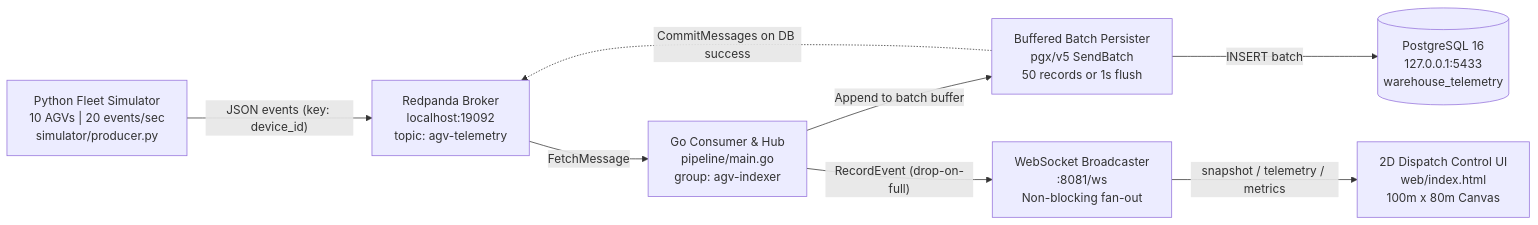
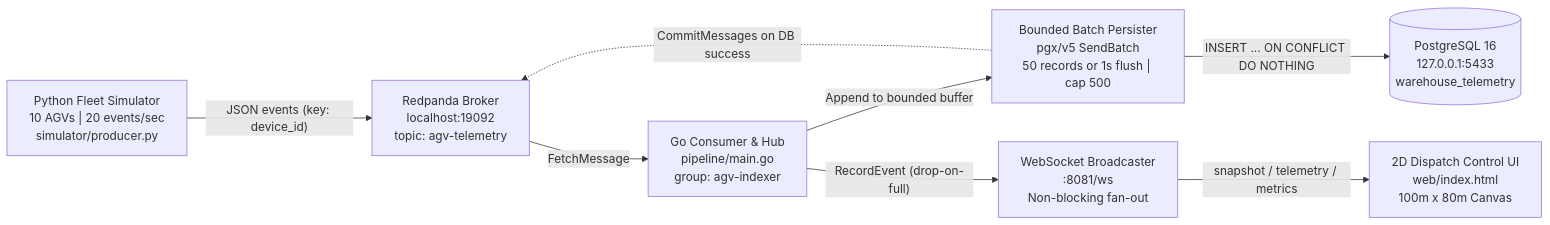
The diagram in README.md (danielharderpi-png/agv-telemetry-pipeline), drawn with Mermaid before and after one commit. The commit also changed other lines of this file and 9 other files, not shown here.

````diff
--- a/README.md
+++ b/README.md
@@ -26,18 +28,18 @@
 ```mermaid
 flowchart LR
     SIM["Python Fleet Simulator\n10 AGVs | 20 events/sec\nsimulator/producer.py"]
     RP["Redpanda Broker\nlocalhost:19092\ntopic: agv-telemetry"]
     GO["Go Consumer & Hub\npipeline/main.go\ngroup: agv-indexer"]
-    BATCH["Buffered Batch Persister\npgx/v5 SendBatch\n50 records or 1s flush"]
+    BATCH["Bounded Batch Persister\npgx/v5 SendBatch\n50 records or 1s flush | cap 500"]
     PG[("PostgreSQL 16\n127.0.0.1:5433\nwarehouse_telemetry")]
     WS["WebSocket Broadcaster\n:8081/ws\nNon-blocking fan-out"]
     UI["2D Dispatch Control UI\nweb/index.html\n100m x 80m Canvas"]
 
     SIM -->|"JSON events (key: device_id)"| RP
     RP -->|"FetchMessage"| GO
-    GO -->|"Append to batch buffer"| BATCH
-    BATCH -->|"INSERT batch"| PG
+    GO -->|"Append to bounded buffer"| BATCH
+    BATCH -->|"INSERT ... ON CONFLICT DO NOTHING"| PG
     BATCH -.->|"CommitMessages on DB success"| RP
     GO -->|"RecordEvent (drop-on-full)"| WS
     WS -->|"snapshot / telemetry / metrics"| UI
 ```
````
